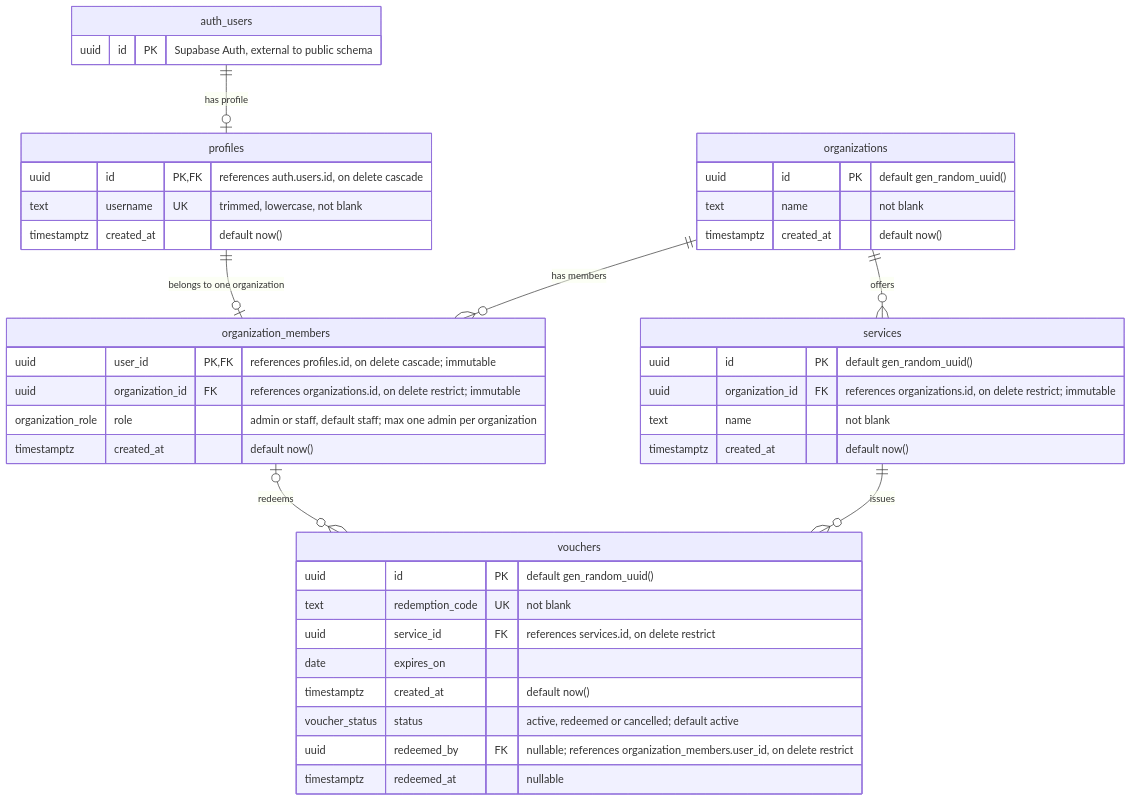
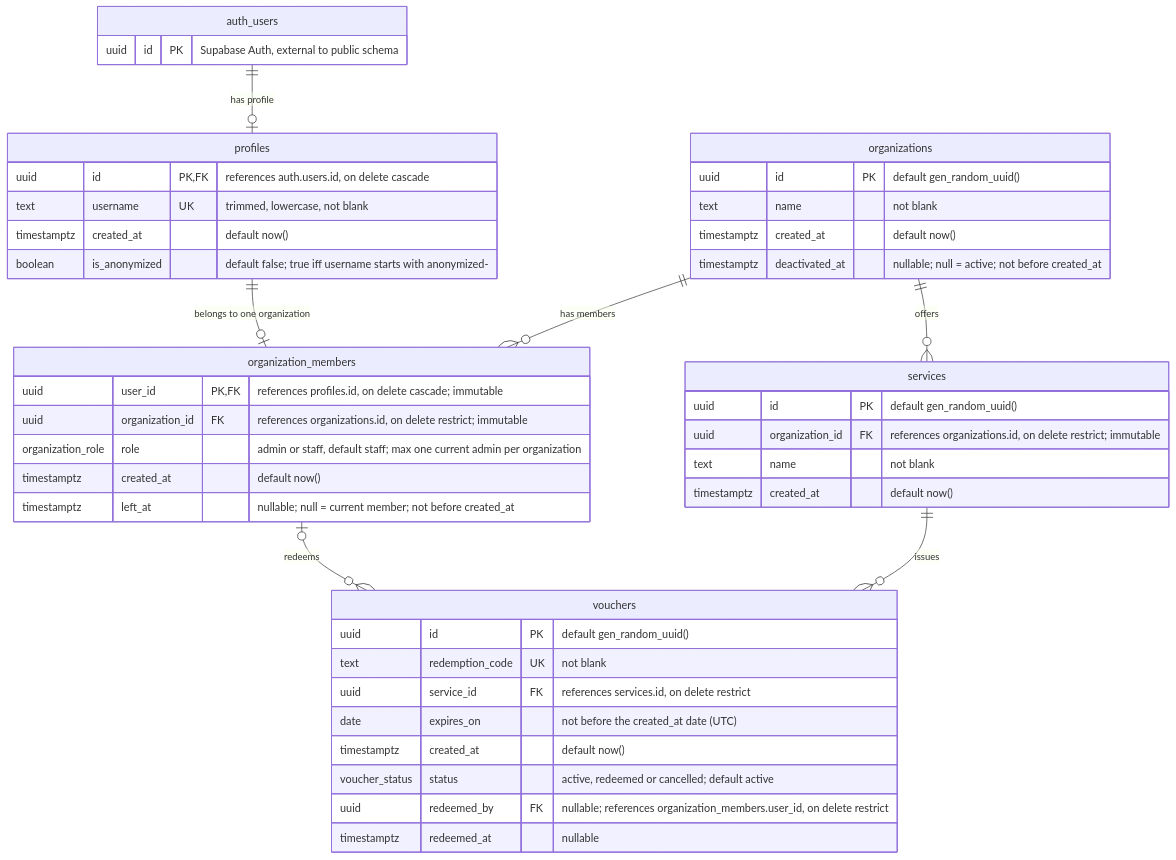
One commit to AchoDanailov/PartnersHub changed the diagram in docs/ERD.md. Above: the diagram before and after it, drawn with Mermaid. The commit also changed other lines of this file and 6 other files, not shown here.

````diff
--- a/docs/ERD.md
+++ b/docs/ERD.md
@@ -5,50 +8,53 @@
 ```mermaid
 erDiagram
     auth_users ||--o| profiles : "has profile"
     profiles ||--o| organization_members : "belongs to one organization"
     organizations ||--o{ organization_members : "has members"
     organizations ||--o{ services : "offers"
     services ||--o{ vouchers : "issues"
     organization_members |o--o{ vouchers : "redeems"
 
     auth_users {
         uuid id PK "Supabase Auth, external to public schema"
     }
 
     profiles {
         uuid id PK, FK "references auth.users.id, on delete cascade"
         text username UK "trimmed, lowercase, not blank"
         timestamptz created_at "default now()"
+        boolean is_anonymized "default false; true iff username starts with anonymized-"
     }
 
     organizations {
         uuid id PK "default gen_random_uuid()"
         text name "not blank"
         timestamptz created_at "default now()"
+        timestamptz deactivated_at "nullable; null = active; not before created_at"
     }
 
     organization_members {
         uuid user_id PK, FK "references profiles.id, on delete cascade; immutable"
         uuid organization_id FK "references organizations.id, on delete restrict; immutable"
-        organization_role role "admin or staff, default staff; max one admin per organization"
+        organization_role role "admin or staff, default staff; max one current admin per organization"
         timestamptz created_at "default now()"
+        timestamptz left_at "nullable; null = current member; not before created_at"
     }
 
     services {
         uuid id PK "default gen_random_uuid()"
         uuid organization_id FK "references organizations.id, on delete restrict; immutable"
         text name "not blank"
         timestamptz created_at "default now()"
     }
 
     vouchers {
         uuid id PK "default gen_random_uuid()"
         text redemption_code UK "not blank"
         uuid service_id FK "references services.id, on delete restrict"
-        date expires_on
+        date expires_on "not before the created_at date (UTC)"
         timestamptz created_at "default now()"
         voucher_status status "active, redeemed or cancelled; default active"
         uuid redeemed_by FK "nullable; references organization_members.user_id, on delete restrict"
         timestamptz redeemed_at "nullable"
     }
 ```
````
